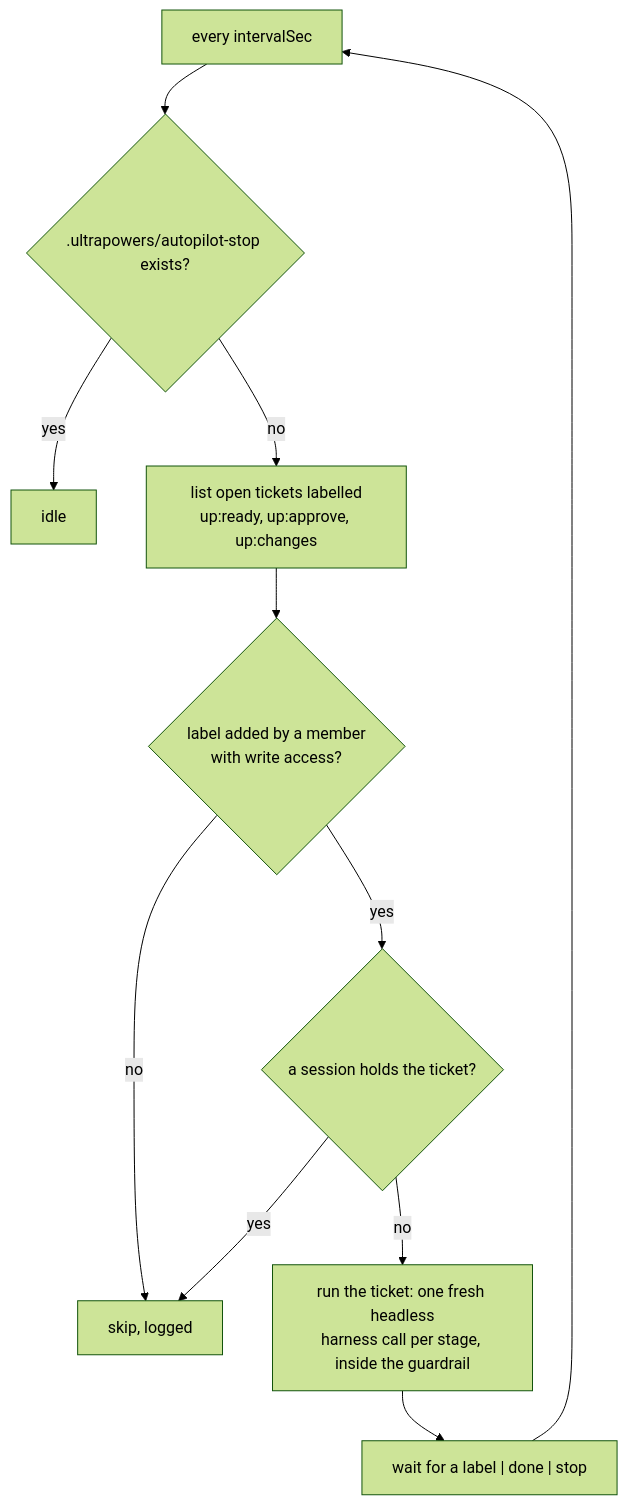
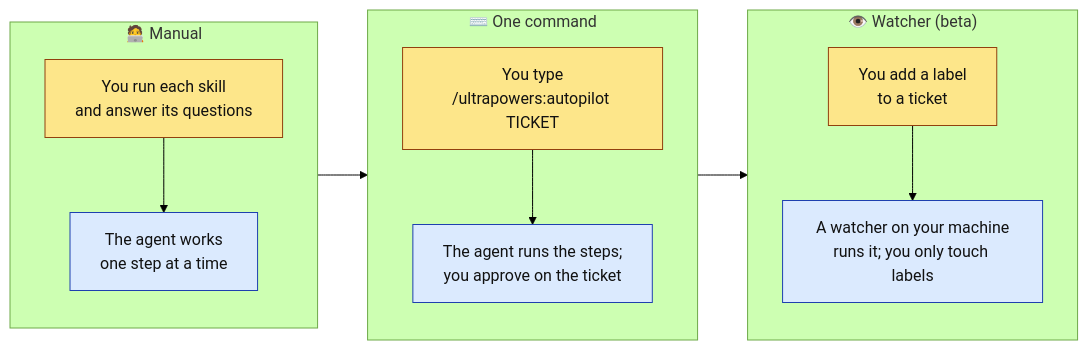
One commit to raoofaltaher/ultrapowers changed the second of 3 diagrams in README.md. Above: the diagram before and after it, drawn with Mermaid (forest theme). The commit also changed other lines of this file, not shown here.

First line of the commit message:
README: three candidate flowcharts for the pipelines, for the Owner to pick from

````diff
--- a/README.md
+++ b/README.md
@@ -623,13 +581,16 @@
 ```mermaid
-flowchart TD
-    I["every intervalSec"] --> K{".ultrapowers/autopilot-stop exists?"}
-    K -->|yes| Z["idle"]
-    K -->|no| L["list open tickets labelled<br/>up:ready, up:approve, up:changes"]
-    L --> A{"label added by a member<br/>with write access?"}
-    A -->|no| X["skip, logged"]
-    A -->|yes| B{"a session holds the ticket?"}
-    B -->|yes| X
-    B -->|no| N["run the ticket: one fresh headless<br/>harness call per stage, inside the guardrail"]
-    N --> O["wait for a label | done | stop"]
-    O --> I
+flowchart LR
+    classDef you fill:#FDE68A,stroke:#92400E,color:#111
+    classDef agent fill:#DBEAFE,stroke:#1E40AF,color:#111
+
+    subgraph M["🧑‍💻 Manual"]
+        M1["You run each skill<br/>and answer its questions"]:::you --> M2["The agent works<br/>one step at a time"]:::agent
+    end
+    subgraph O["⌨️ One command"]
+        O1["You type<br/>/ultrapowers:autopilot TICKET"]:::you --> O2["The agent runs the steps;<br/>you approve on the ticket"]:::agent
+    end
+    subgraph W["👁️ Watcher (beta)"]
+        W1["You add a label<br/>to a ticket"]:::you --> W2["A watcher on your machine<br/>runs it; you only touch labels"]:::agent
+    end
+    M --> O --> W
 ```
````
